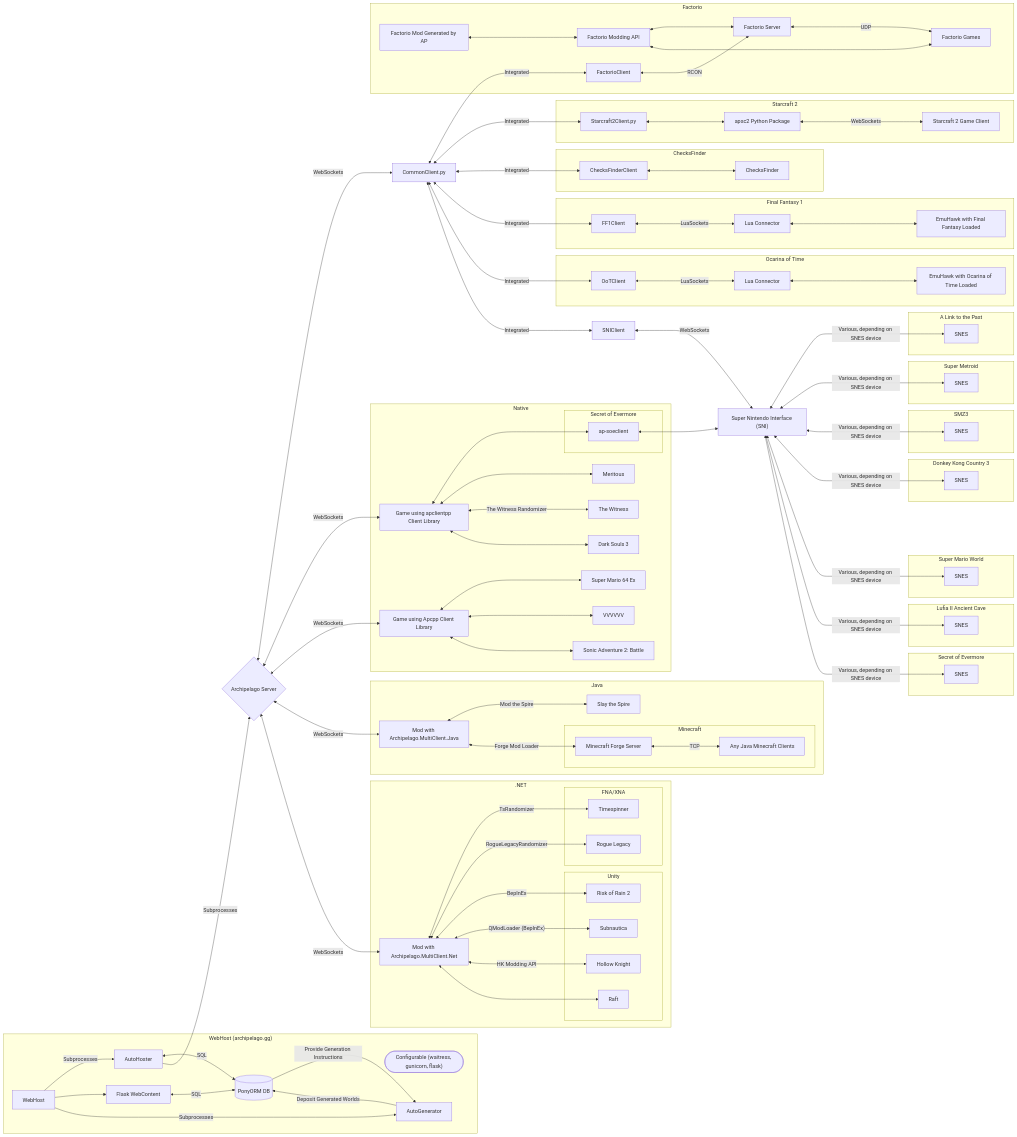
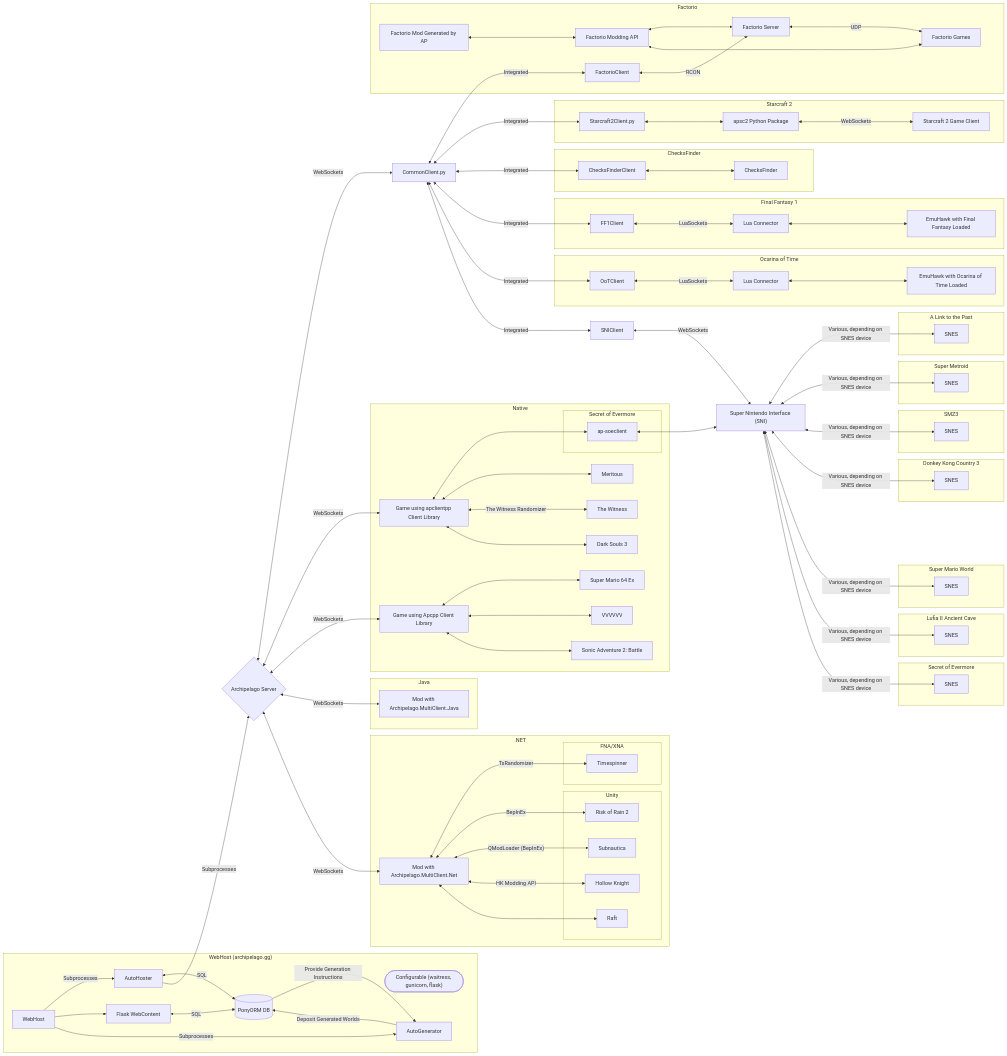
The diagram in docs/network diagram/network diagram.md (CrypticMonkey33/ArchipelagoExplorersOfSky), drawn with Mermaid before and after one commit. The commit also changed 671 other files, not shown here.

```diff
--- a/docs/network diagram/network diagram.md
+++ b/docs/network diagram/network diagram.md
@@ -117,14 +117,6 @@
     %% Java Based Games
     subgraph Java
         JM[Mod with Archipelago.MultiClient.Java]
-        STS[Slay the Spire]
-        JM <-- Mod the Spire --> STS
-        subgraph Minecraft
-            MCS[Minecraft Forge Server]
-            JMC[Any Java Minecraft Clients]
-            MCS <-- TCP --> JMC
-        end
-        JM <-- Forge Mod Loader --> MCS
     end
     AS <-- WebSockets --> JM
 
@@ -133,10 +125,8 @@
         NM[Mod with Archipelago.MultiClient.Net]
         subgraph FNA/XNA
             TS[Timespinner]
-            RL[Rogue Legacy]
         end
         NM <-- TsRandomizer --> TS
-        NM <-- RogueLegacyRandomizer --> RL
         subgraph Unity
             ROR[Risk of Rain 2]
             SN[Subnautica]
```
